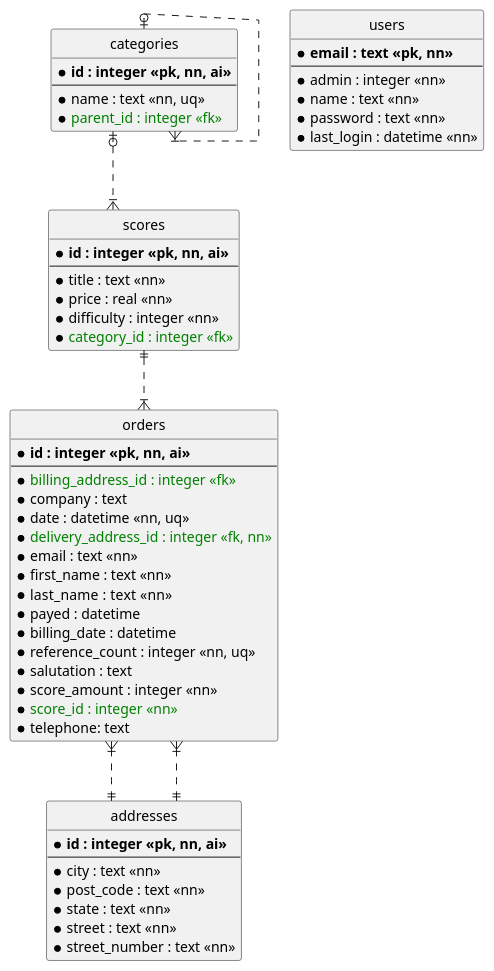
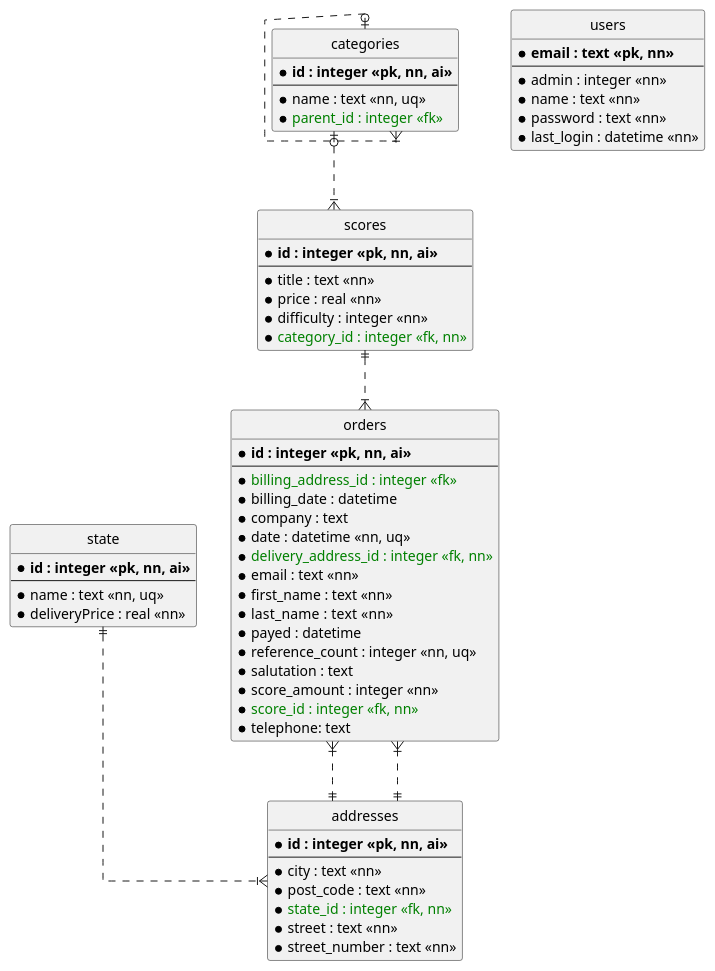
Before and after one commit to mknentwich/core: the diagram in doc/database/database.adoc, drawn with PlantUML.

Commit message:
added state table to documentation

```diff
--- a/doc/database/database.adoc
+++ b/doc/database/database.adoc
@@ -8,73 +8,81 @@
 [plantuml, database_model, svg]
 ....
 @startuml
 
 hide circle
 skinparam linetype ortho
 
 ' entities
 
 entity "addresses" as add {
   * **id : integer <<pk, nn, ai>>**
   --
   *city : text <<nn>>
   *post_code : text <<nn>>
-  *state : text <<nn>>
+  *<color:green>state_id : integer <<fk, nn>></color>
   *street : text <<nn>>
   *street_number : text <<nn>>
+}
+
+entity "state" as sta {
+  * **id : integer <<pk, nn, ai>>**
+  --
+  *name : text <<nn, uq>>
+  *deliveryPrice : real <<nn>>
 }
 
 entity "categories" as cat {
   * **id : integer <<pk, nn, ai>>**
   --
   *name : text <<nn, uq>>
   *<color:green>parent_id : integer <<fk>></color>
 }
 
 entity "orders" as ord {
   * **id : integer <<pk, nn, ai>>**
   --
   *<color:green>billing_address_id : integer <<fk>></color>
+  *billing_date : datetime
   *company : text
   *date : datetime <<nn, uq>>
   *<color:green>delivery_address_id : integer <<fk, nn>></color>
   *email : text <<nn>>
   *first_name : text <<nn>>
   *last_name :  text <<nn>>
   *payed : datetime
-  *billing_date : datetime
   *reference_count : integer <<nn, uq>>
   *salutation : text
   *score_amount : integer <<nn>>
-  *<color:green>score_id : integer <<nn>></color>
+  *<color:green>score_id : integer <<fk, nn>></color>
   *telephone: text
 }
 
 entity "scores" as sco {
   * **id : integer <<pk, nn, ai>>**
   --
   *title : text <<nn>>
   *price : real <<nn>>
   *difficulty : integer <<nn>>
-  *<color:green>category_id : integer <<fk>></color>
+  *<color:green>category_id : integer <<fk, nn>></color>
 }
 
 entity "users" {
   * **email : text <<pk, nn>>**
   --
   *admin : integer <<nn>>
   *name : text <<nn>>
   *password : text <<nn>>
   *last_login : datetime <<nn>>
 }
 
 ' relations
 
 cat |o..|{ cat
 cat |o..|{ sco
 ord }|..|| add
 ord }|..|| add
 sco ||..|{ ord
+sta ||..|{ add
 
 @enduml
 ....
```
